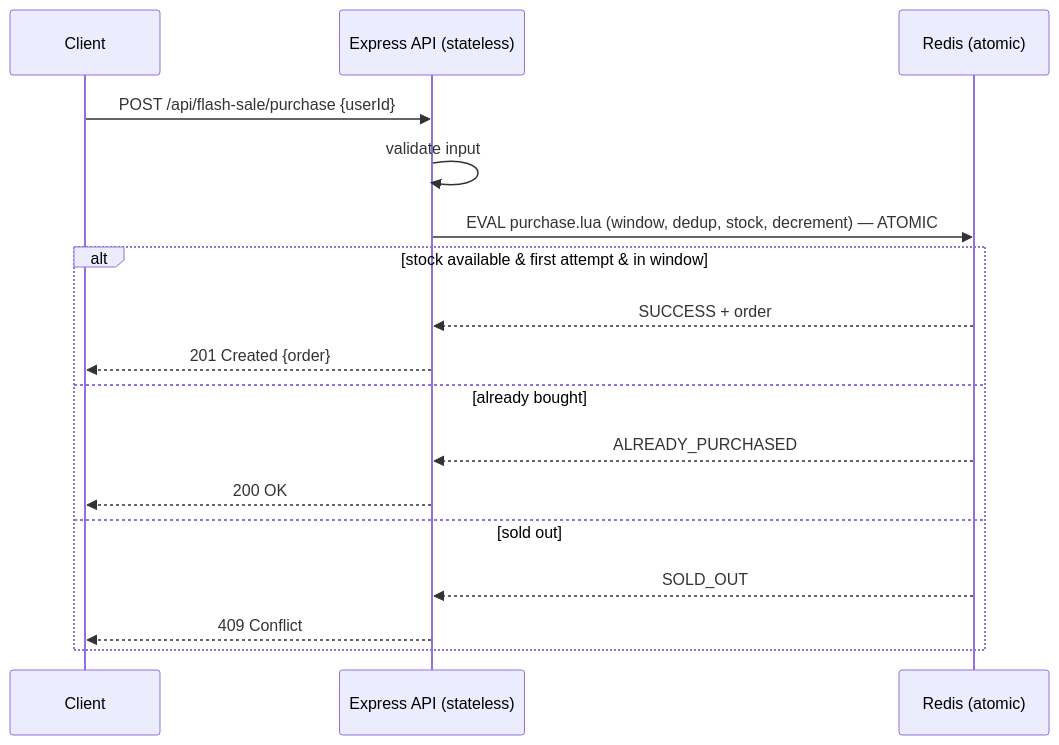
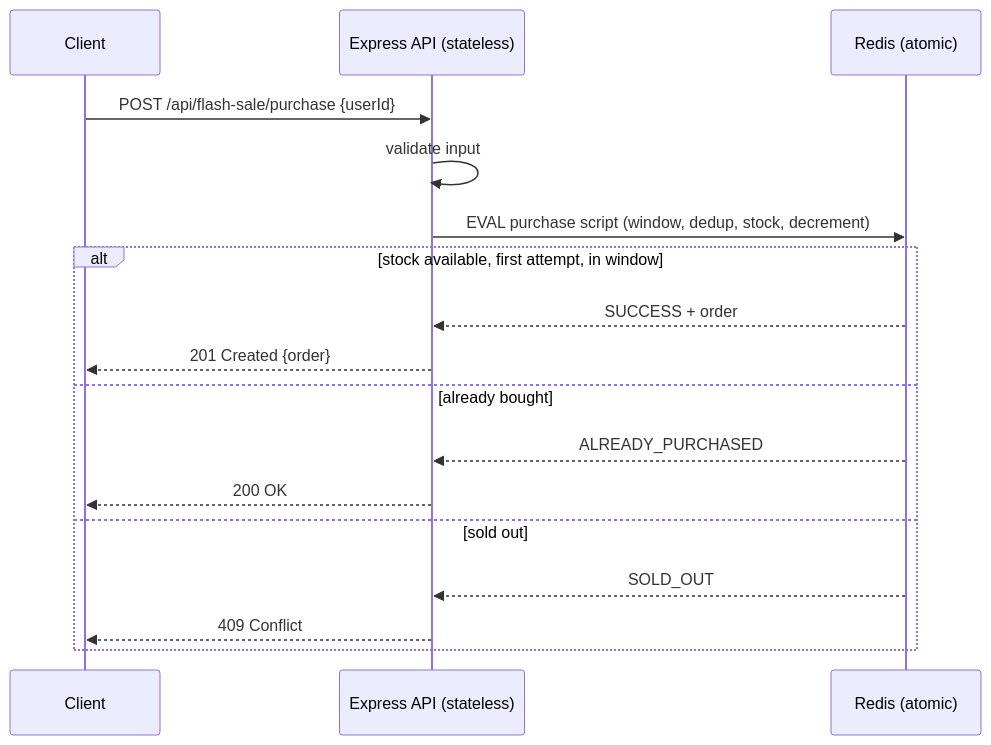
The second of 2 diagrams in README.md (breinjhel/bookipi-test), drawn with Mermaid before and after one commit. The commit also changed other lines of this file, not shown here.

````diff
--- a/README.md
+++ b/README.md
@@ -66,19 +64,19 @@
 ```mermaid
 sequenceDiagram
     participant C as Client
     participant API as Express API (stateless)
     participant R as Redis (atomic)
     C->>API: POST /api/flash-sale/purchase {userId}
     API->>API: validate input
-    API->>R: EVAL purchase.lua (window, dedup, stock, decrement) — ATOMIC
-    alt stock available & first attempt & in window
+    API->>R: EVAL purchase script (window, dedup, stock, decrement)
+    alt stock available, first attempt, in window
         R-->>API: SUCCESS + order
         API-->>C: 201 Created {order}
     else already bought
         R-->>API: ALREADY_PURCHASED
         API-->>C: 200 OK
     else sold out
         R-->>API: SOLD_OUT
         API-->>C: 409 Conflict
     end
 ```
````
